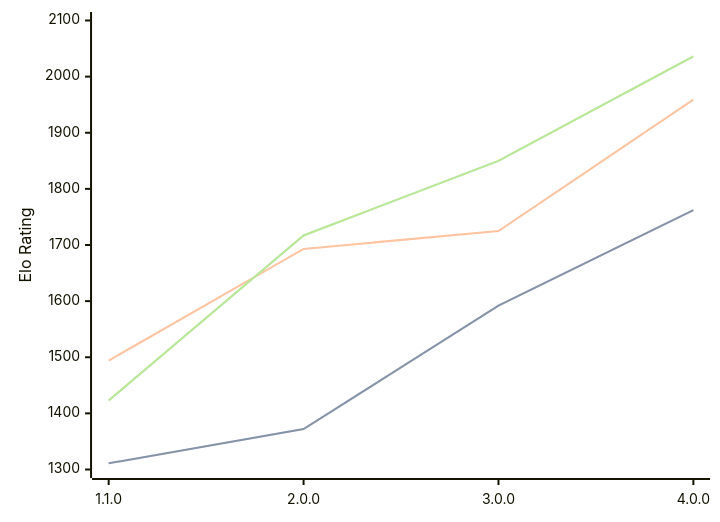
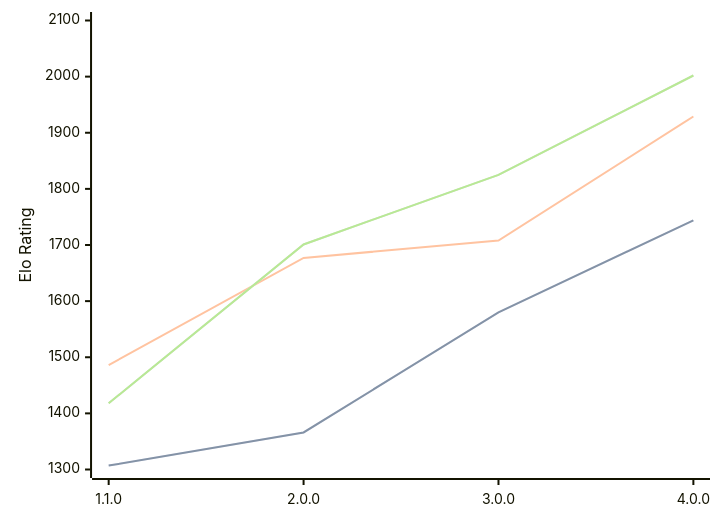
Before and after one commit to computer-chess-index/cci: the diagram in engines/Laura.md, drawn with Mermaid. The commit also changed other lines of this file, not shown here.

Commit message:
Update CCI Ratings (ELO VLTC) - 2026-05-19

````diff
--- a/engines/Laura.md
+++ b/engines/Laura.md
@@ -35,11 +35,11 @@
 ```mermaid
 %%{init: {"theme":"base","themeVariables":{"seriesColors:['#a3a3a3','#222221','#faa371']}}}%%
 xychart-beta
   x-axis ["1.1.0", "2.0.0", "3.0.0", "4.0.0"]
   y-axis "Elo Rating" 1300 --> 2100
-  line "STC (8.0+0.08s)" [1311, 1372, 1592, 1762]
-  line "STC (8.0+0.08s)" [1311, 1372, 1592, 1762]
-  line "LTC (60.0+0.60s)" [1494, 1693, 1725, 1959]
-  line "VLTC (2m24s+1.12s)" [1423, 1717, 1850, 2036]
-  line "VLTC (2m24s+1.12s)" [1423, 1717, 1850, 2036]
+  line "STC (8.0+0.08s)" [1307, 1366, 1580, 1744]
+  line "STC (8.0+0.08s)" [1307, 1366, 1580, 1744]
+  line "LTC (60.0+0.60s)" [1486, 1677, 1708, 1929]
+  line "VLTC (2m24s+1.12s)" [1418, 1701, 1825, 2002]
+  line "VLTC (2m24s+1.12s)" [1418, 1701, 1825, 2002]
 ```
````
